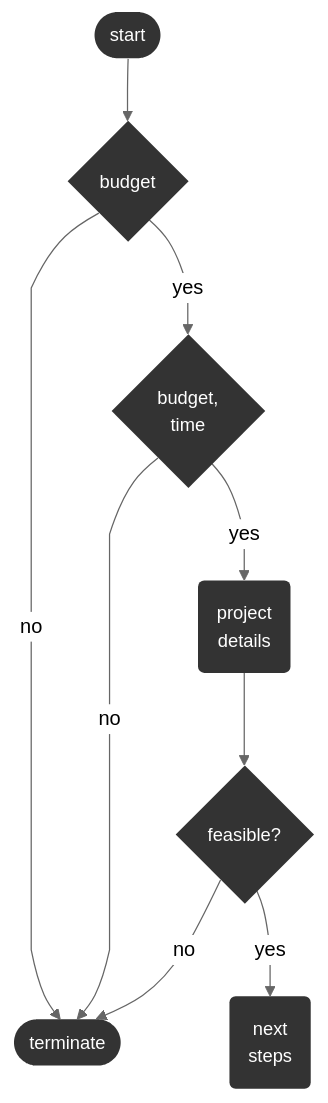
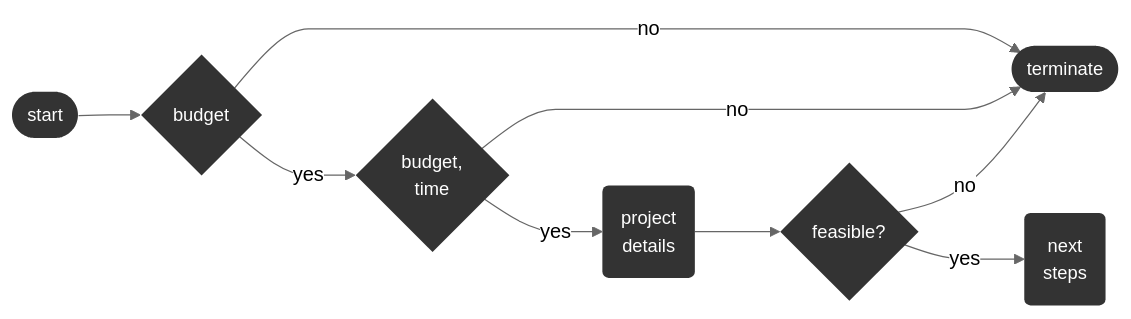
One commit to thereferences/practice changed the diagram in docs/source/services/mlp.md. Above: the diagram before and after it, drawn with Mermaid (neutral theme). The commit also changed other lines of this file, not shown here.

````diff
--- a/docs/source/services/mlp.md
+++ b/docs/source/services/mlp.md
@@ -18,14 +18,14 @@
 ```{mermaid}
 %%{ init: { 'flowchart': { 'curve': 'monotoneX'} } }%%
-flowchart TD    
+flowchart LR    
     id0([start]) --> id1{<span title="Does the potential project have a budget?">budget</span>} 
     id1 -- yes --> id2{<span title="Is the budget, project timebox, and the collaboration commitment plausible?">budget,<br>time</span>}
     id1 -- no --> id3([terminate])
     id2 -- no --> id3
     id2 -- yes --> id5(<span title="The project scope/design details">project<br>details</span>)
     id5 --> id6{<span title="Is the potential project addressable via machine learning, technically feasible, and economically viable?">feasible?</span>}
     id6 -- no --> id3
     id6 -- yes --> id8(next <br> steps)
     
     classDef default fill:#333333,stroke:#333333,stroke-width:0px,color:#ffffff,font-size:11pt;
 ```
````
